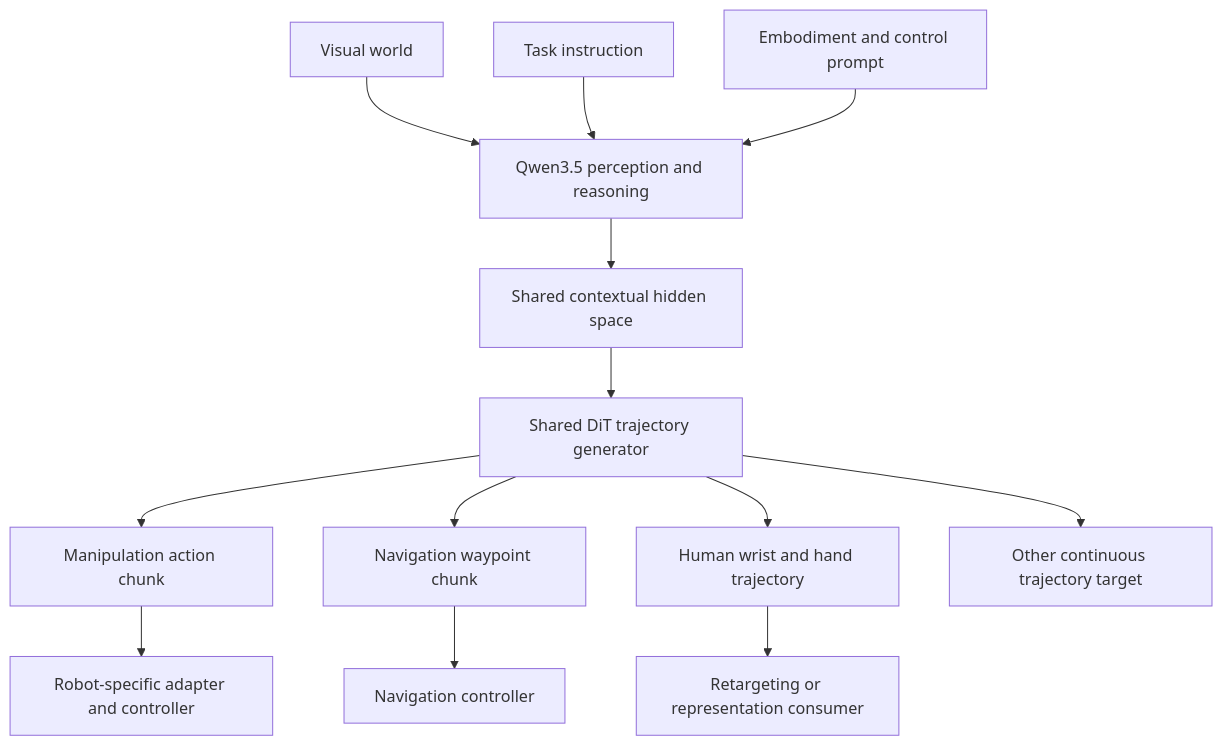
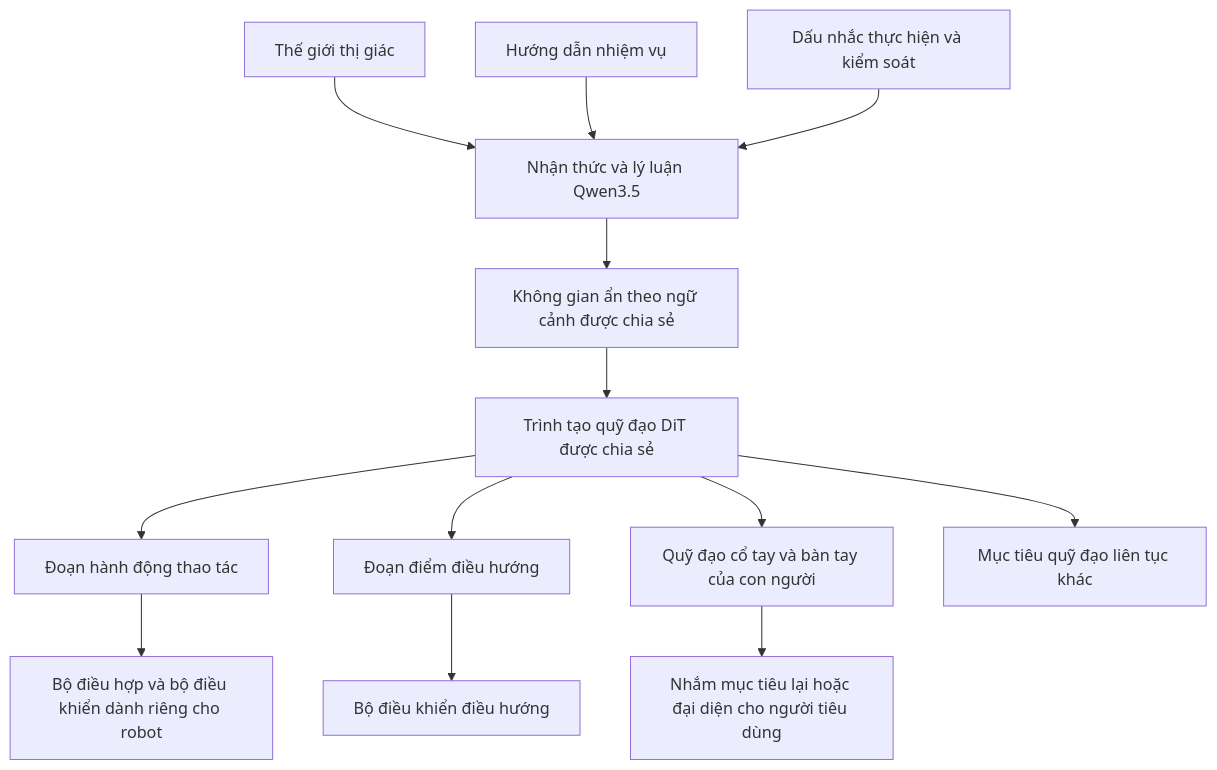
One commit to cycler04/VinRobotics-VLA changed the fifth of 5 diagrams in docs/research_finding/01-gwen/qwen_models/Qwen-VLA/qwen_vla_details.md. Above: the diagram before and after it, drawn with Mermaid. The commit also changed other lines of this file and 24 other files, not shown here.

````diff
--- a/docs/research_finding/01-gwen/qwen_models/Qwen-VLA/qwen_vla_details.md
+++ b/docs/research_finding/01-gwen/qwen_models/Qwen-VLA/qwen_vla_details.md
@@ -1776,18 +1776,18 @@
 ```mermaid
 flowchart TD
-    WORLD["Visual world"] --> PERCEPT["Qwen3.5 perception and reasoning"]
-    LANGUAGE["Task instruction"] --> PERCEPT
-    INTERFACE["Embodiment and control prompt"] --> PERCEPT
+    WORLD["Thế giới thị giác"] --> PERCEPT["Nhận thức và lý luận Qwen3.5"]
+    LANGUAGE["Hướng dẫn nhiệm vụ"] --> PERCEPT
+    INTERFACE["Dấu nhắc thực hiện và kiểm soát"] --> PERCEPT
 
-    PERCEPT --> COMMON["Shared contextual hidden space"]
-    COMMON --> GENERATOR["Shared DiT trajectory generator"]
+    PERCEPT --> COMMON["Không gian ẩn theo ngữ cảnh được chia sẻ"]
+    COMMON --> GENERATOR["Trình tạo quỹ đạo DiT được chia sẻ"]
 
-    GENERATOR --> M["Manipulation action chunk"]
-    GENERATOR --> N["Navigation waypoint chunk"]
-    GENERATOR --> H["Human wrist and hand trajectory"]
-    GENERATOR --> T["Other continuous trajectory target"]
+    GENERATOR --> M["Đoạn hành động thao tác"]
+    GENERATOR --> N["Đoạn điểm điều hướng"]
+    GENERATOR --> H["Quỹ đạo cổ tay và bàn tay của con người"]
+    GENERATOR --> T["Mục tiêu quỹ đạo liên tục khác"]
 
-    M --> ADAPT1["Robot-specific adapter and controller"]
-    N --> ADAPT2["Navigation controller"]
-    H --> ADAPT3["Retargeting or representation consumer"]
+    M --> ADAPT1["Bộ điều hợp và bộ điều khiển dành riêng cho robot"]
+    N --> ADAPT2["Bộ điều khiển điều hướng"]
+    H --> ADAPT3["Nhắm mục tiêu lại hoặc đại diện cho người tiêu dùng"]
 ```
````
